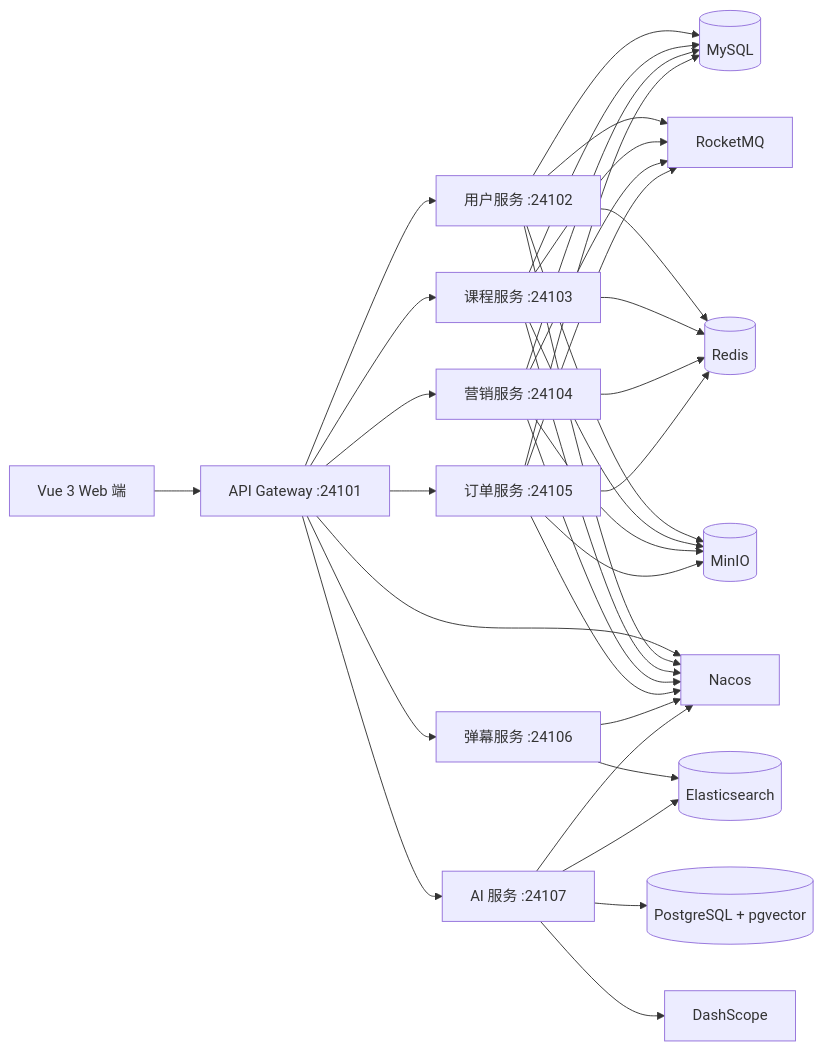
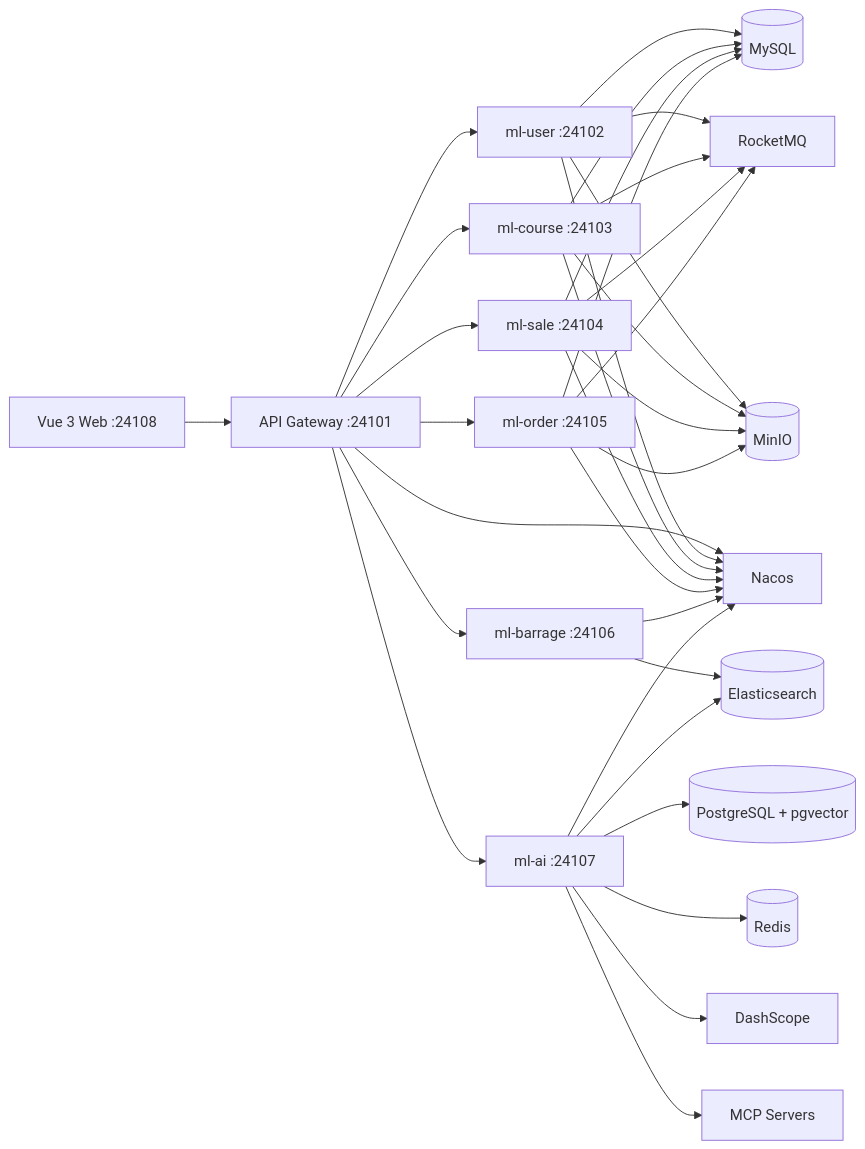
One commit to yangaobo0235/my-lesson changed the diagram in README.md. Above: the diagram before and after it, drawn with Mermaid. The commit also changed other lines of this file and 27 other files, not shown here.

````diff
--- a/README.md
+++ b/README.md
@@ -46,27 +62,27 @@
 ```mermaid
 flowchart LR
-    Web["Vue 3 Web 端"] --> Gateway["API Gateway :24101"]
+    Web["Vue 3 Web :24108"] --> Gateway["API Gateway :24101"]
 
-    Gateway --> User["用户服务 :24102"]
-    Gateway --> Course["课程服务 :24103"]
-    Gateway --> Sale["营销服务 :24104"]
-    Gateway --> Order["订单服务 :24105"]
-    Gateway --> Barrage["弹幕服务 :24106"]
-    Gateway --> AI["AI 服务 :24107"]
+    Gateway --> User["ml-user :24102"]
+    Gateway --> Course["ml-course :24103"]
+    Gateway --> Sale["ml-sale :24104"]
+    Gateway --> Order["ml-order :24105"]
+    Gateway --> Barrage["ml-barrage :24106"]
+    Gateway --> AI["ml-ai :24107"]
 
     User --> MySQL[("MySQL")]
     Course --> MySQL
     Sale --> MySQL
     Order --> MySQL
     Barrage --> ES[("Elasticsearch")]
 
     AI --> PG[("PostgreSQL + pgvector")]
+    AI --> Redis[("Redis")]
     AI --> ES
     AI --> DashScope["DashScope"]
+    AI --> MCP["MCP Servers"]
 
     User & Course & Sale & Order --> MQ["RocketMQ"]
-    User & Course & Sale & Order --> Redis[("Redis")]
     User & Course & Sale & Order --> MinIO[("MinIO")]
-
     Gateway & User & Course & Sale & Order & Barrage & AI --> Nacos["Nacos"]
 ```
````
